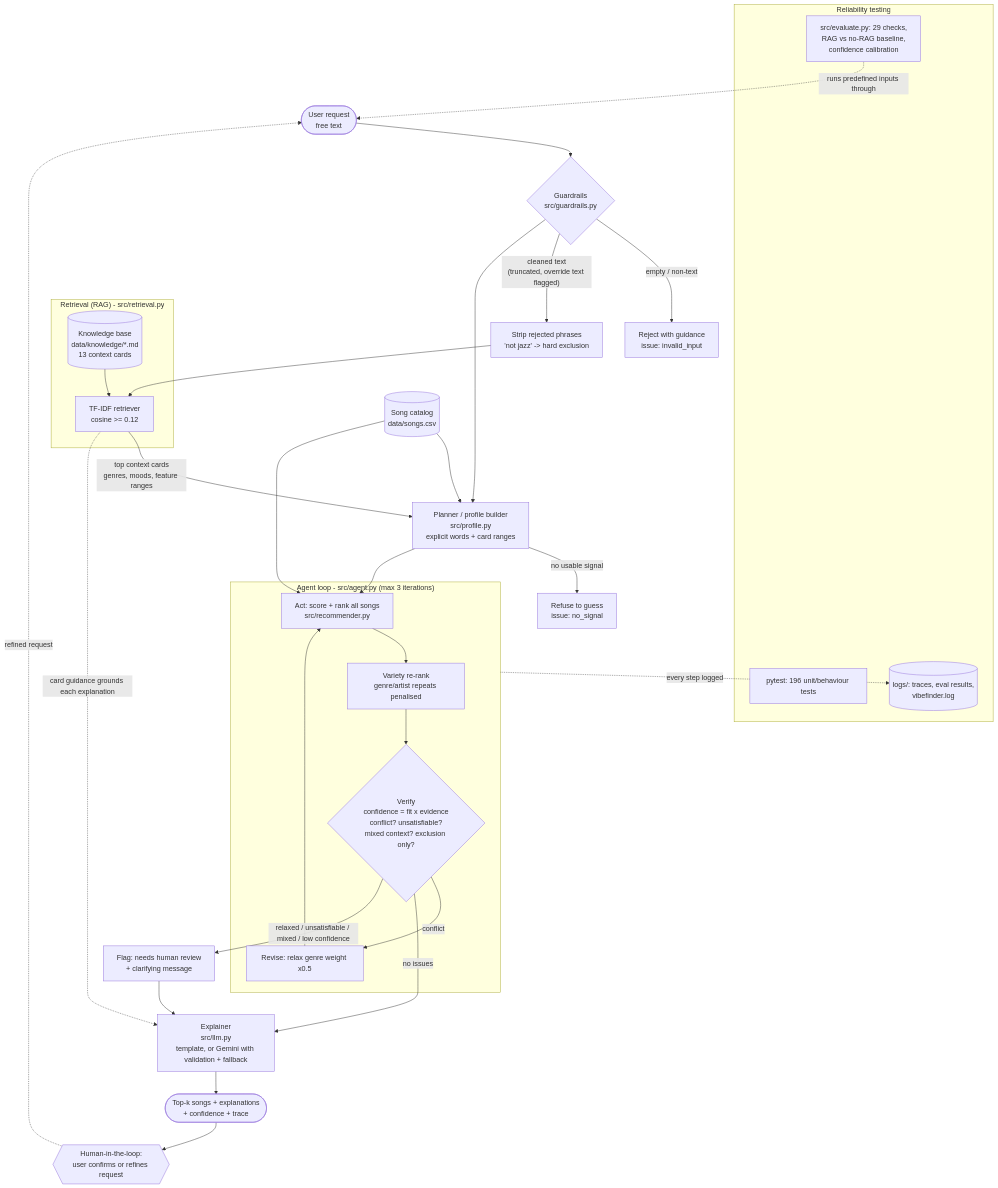
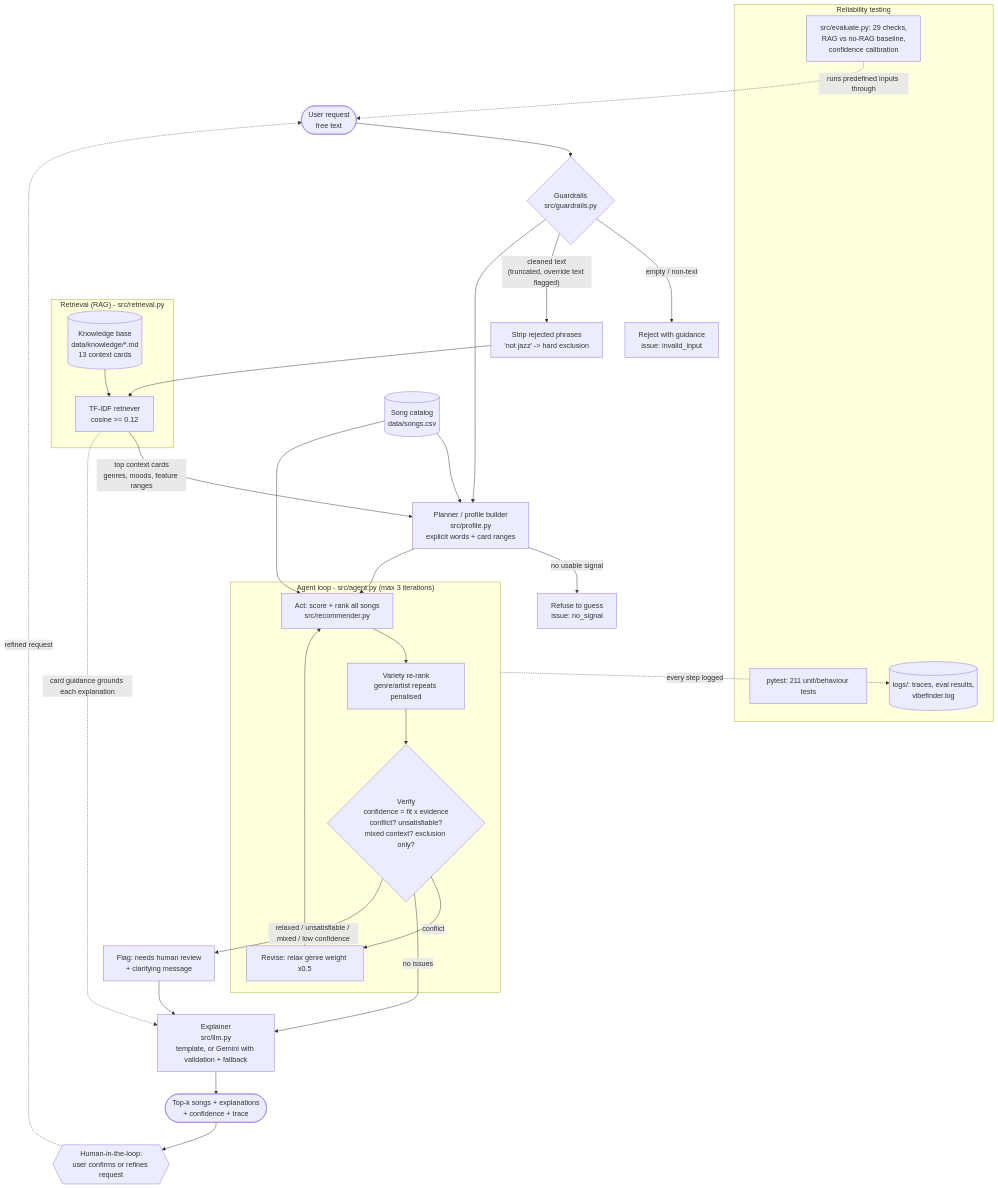
One commit to hassan47khan/applied-ai-system-project changed the diagram in diagrams/architecture.md. Above: the diagram before and after it, drawn with Mermaid. The commit also changed 14 other files, not shown here.

````diff
--- a/diagrams/architecture.md
+++ b/diagrams/architecture.md
@@ -3,46 +3,46 @@
 ```mermaid
 flowchart TD
     U([User request<br/>free text]) --> G{Guardrails<br/>src/guardrails.py}
     G -- "empty / non-text" --> RJ[Reject with guidance<br/>issue: invalid_input]
     G -- "cleaned text<br/>(truncated, override text flagged)" --> NEG[Strip rejected phrases<br/>'not jazz' -> hard exclusion]
 
     subgraph RAG["Retrieval (RAG) - src/retrieval.py"]
         KB[(Knowledge base<br/>data/knowledge/*.md<br/>13 context cards)]
         R[TF-IDF retriever<br/>cosine >= 0.12]
         KB --> R
     end
     NEG --> R
 
     CAT[(Song catalog<br/>data/songs.csv)] --> P
     R -- "top context cards<br/>genres, moods, feature ranges" --> P[Planner / profile builder<br/>src/profile.py<br/>explicit words + card ranges]
     G --> P
 
     P -- "no usable signal" --> NS[Refuse to guess<br/>issue: no_signal]
 
     subgraph AGENT["Agent loop - src/agent.py (max 3 iterations)"]
         A[Act: score + rank all songs<br/>src/recommender.py]
         D[Variety re-rank<br/>genre/artist repeats penalised]
         V{Verify<br/>confidence = fit x evidence<br/>conflict? unsatisfiable?<br/>mixed context? exclusion only?}
         RV[Revise: relax genre weight x0.5]
         A --> D --> V
         V -- "conflict" --> RV --> A
     end
     P --> A
     CAT --> A
 
     V -- "no issues" --> E[Explainer<br/>src/llm.py<br/>template, or Gemini with validation + fallback]
     V -- "relaxed / unsatisfiable / mixed / low confidence" --> HR[Flag: needs human review<br/>+ clarifying message]
     HR --> E
     R -. "card guidance grounds each explanation" .-> E
     E --> OUT([Top-k songs + explanations<br/>+ confidence + trace])
     OUT --> H{{Human-in-the-loop:<br/>user confirms or refines request}}
     H -. "refined request" .-> U
 
     subgraph TESTING["Reliability testing"]
-        T1[pytest: 196 unit/behaviour tests]
+        T1[pytest: 211 unit/behaviour tests]
         T2[src/evaluate.py: 29 checks,<br/>RAG vs no-RAG baseline,<br/>confidence calibration]
         T3[(logs/: traces, eval results,<br/>vibefinder.log)]
     end
     AGENT -. "every step logged" .-> T3
     T2 -. "runs predefined inputs through" .-> U
 ```
````
